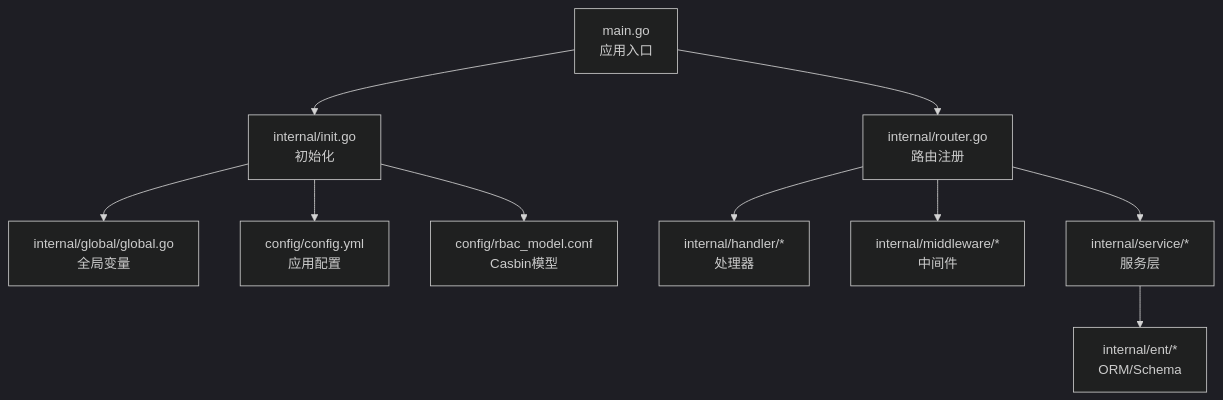
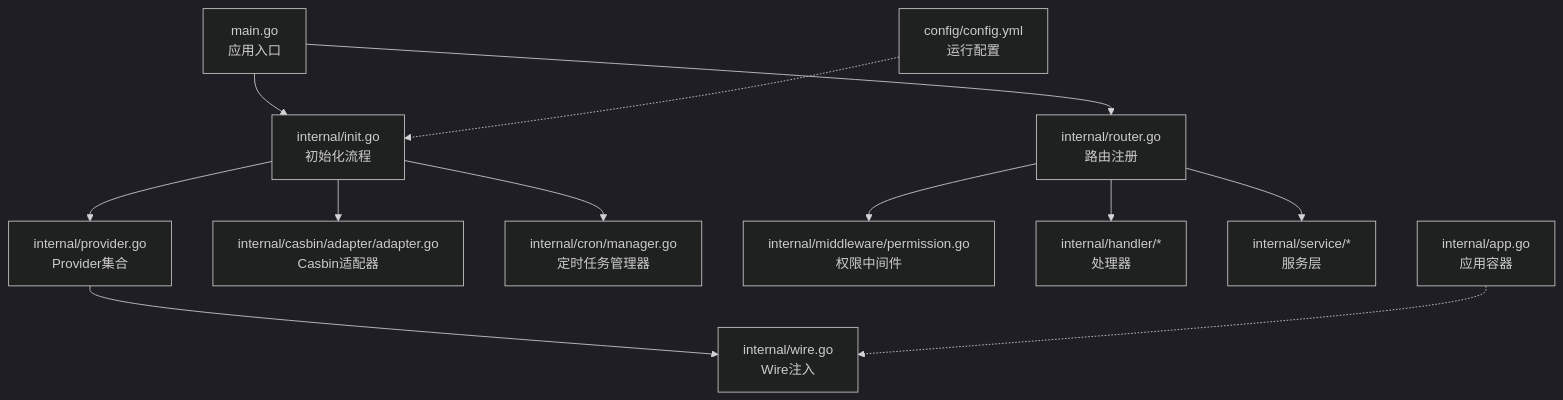
The first of 8 diagrams in .qoder/repowiki/zh/content/项目概述.md (wuwuseo/e-sports-go-admin), drawn with Mermaid (dark theme) before and after one commit. The commit also changed other lines of this file and 141 other files, not shown here.

````diff
--- a/.qoder/repowiki/zh/content/项目概述.md
+++ b/.qoder/repowiki/zh/content/项目概述.md
@@ -57,12 +83,14 @@
 ```mermaid
 graph TB
-A["main.go<br/>应用入口"] --> B["internal/init.go<br/>初始化"]
+A["main.go<br/>应用入口"] --> B["internal/init.go<br/>初始化流程"]
 A --> C["internal/router.go<br/>路由注册"]
-B --> D["internal/global/global.go<br/>全局变量"]
-C --> E["internal/handler/*<br/>处理器"]
-C --> F["internal/middleware/*<br/>中间件"]
-C --> G["internal/service/*<br/>服务层"]
-G --> H["internal/ent/*<br/>ORM/Schema"]
-B --> I["config/config.yml<br/>应用配置"]
-B --> J["config/rbac_model.conf<br/>Casbin模型"]
+B --> D["internal/provider.go<br/>Provider集合"]
+D --> E["internal/wire.go<br/>Wire注入"]
+B --> F["internal/casbin/adapter/adapter.go<br/>Casbin适配器"]
+B --> G["internal/cron/manager.go<br/>定时任务管理器"]
+C --> H["internal/middleware/permission.go<br/>权限中间件"]
+C --> I["internal/handler/*<br/>处理器"]
+C --> J["internal/service/*<br/>服务层"]
+K["config/config.yml<br/>运行配置"] -.-> B
+L["internal/app.go<br/>应用容器"] -.-> E
 ```
````
